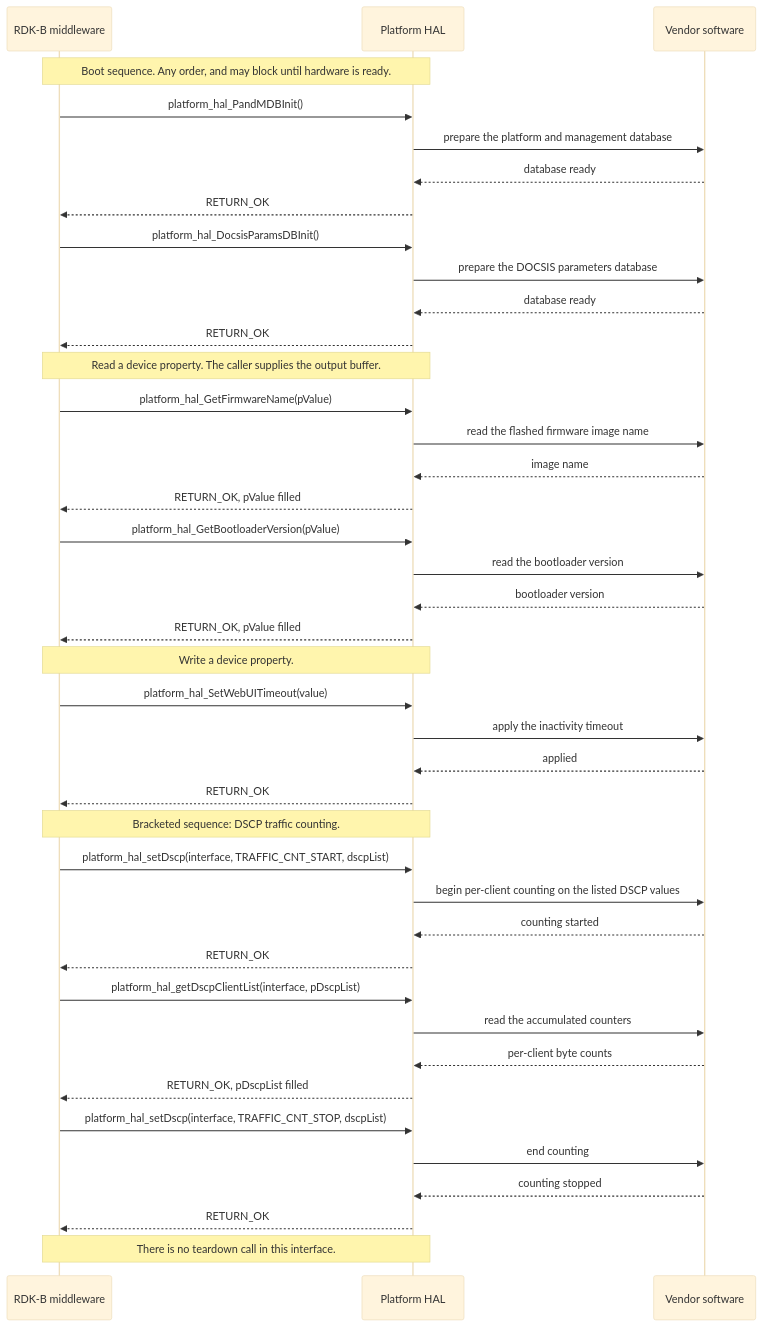
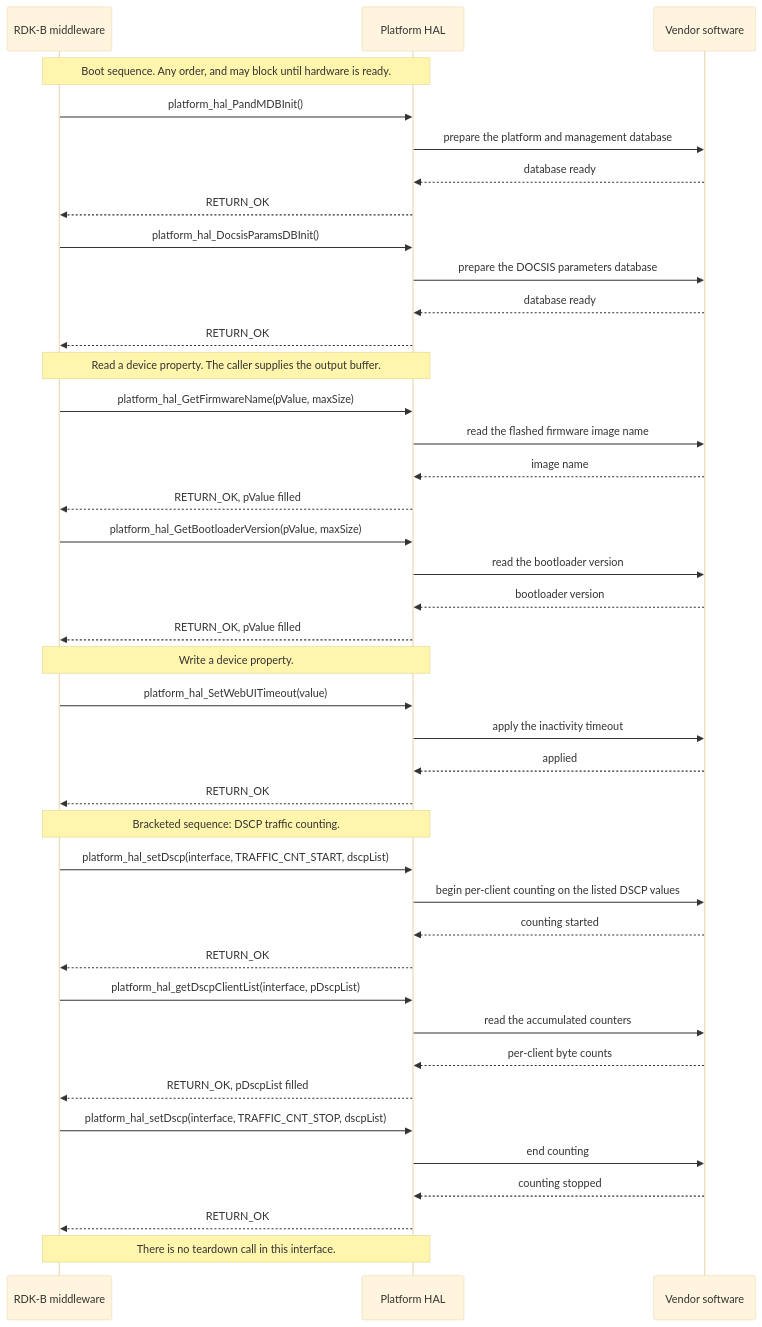
One commit to rdkcentral/rdkb-halif-platform changed the second of 2 diagrams in docs/pages/PlatformhalSpec.md. Above: the diagram before and after it, drawn with Mermaid (base theme). The commit also changed other lines of this file, not shown here.

````diff
--- a/docs/pages/PlatformhalSpec.md
+++ b/docs/pages/PlatformhalSpec.md
@@ -658,43 +650,43 @@
 ```mermaid
 sequenceDiagram
     participant Caller as RDK-B middleware
     participant PHAL as Platform HAL
     participant Vendor as Vendor software
     Note over Caller,PHAL: Boot sequence. Any order, and may block until hardware is ready.
     Caller->>PHAL: platform_hal_PandMDBInit()
     PHAL->>Vendor: prepare the platform and management database
     Vendor-->>PHAL: database ready
     PHAL-->>Caller: RETURN_OK
     Caller->>PHAL: platform_hal_DocsisParamsDBInit()
     PHAL->>Vendor: prepare the DOCSIS parameters database
     Vendor-->>PHAL: database ready
     PHAL-->>Caller: RETURN_OK
     Note over Caller,PHAL: Read a device property. The caller supplies the output buffer.
-    Caller->>PHAL: platform_hal_GetFirmwareName(pValue)
+    Caller->>PHAL: platform_hal_GetFirmwareName(pValue, maxSize)
     PHAL->>Vendor: read the flashed firmware image name
     Vendor-->>PHAL: image name
     PHAL-->>Caller: RETURN_OK, pValue filled
-    Caller->>PHAL: platform_hal_GetBootloaderVersion(pValue)
+    Caller->>PHAL: platform_hal_GetBootloaderVersion(pValue, maxSize)
     PHAL->>Vendor: read the bootloader version
     Vendor-->>PHAL: bootloader version
     PHAL-->>Caller: RETURN_OK, pValue filled
     Note over Caller,PHAL: Write a device property.
     Caller->>PHAL: platform_hal_SetWebUITimeout(value)
     PHAL->>Vendor: apply the inactivity timeout
     Vendor-->>PHAL: applied
     PHAL-->>Caller: RETURN_OK
     Note over Caller,PHAL: Bracketed sequence: DSCP traffic counting.
     Caller->>PHAL: platform_hal_setDscp(interface, TRAFFIC_CNT_START, dscpList)
     PHAL->>Vendor: begin per-client counting on the listed DSCP values
     Vendor-->>PHAL: counting started
     PHAL-->>Caller: RETURN_OK
     Caller->>PHAL: platform_hal_getDscpClientList(interface, pDscpList)
     PHAL->>Vendor: read the accumulated counters
     Vendor-->>PHAL: per-client byte counts
     PHAL-->>Caller: RETURN_OK, pDscpList filled
     Caller->>PHAL: platform_hal_setDscp(interface, TRAFFIC_CNT_STOP, dscpList)
     PHAL->>Vendor: end counting
     Vendor-->>PHAL: counting stopped
     PHAL-->>Caller: RETURN_OK
     Note over Caller,PHAL: There is no teardown call in this interface.
 ```
````
